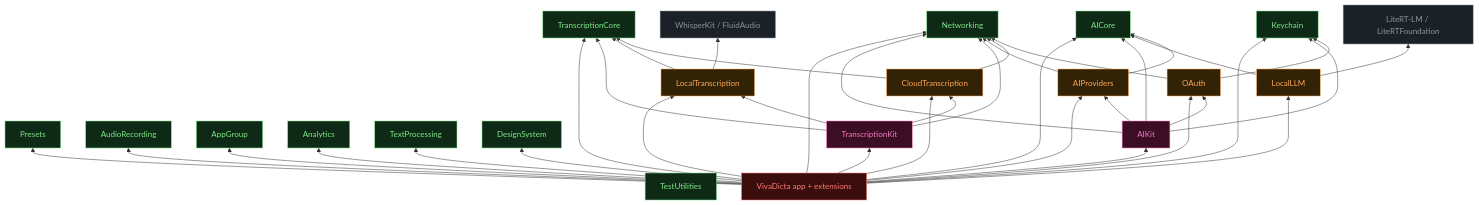
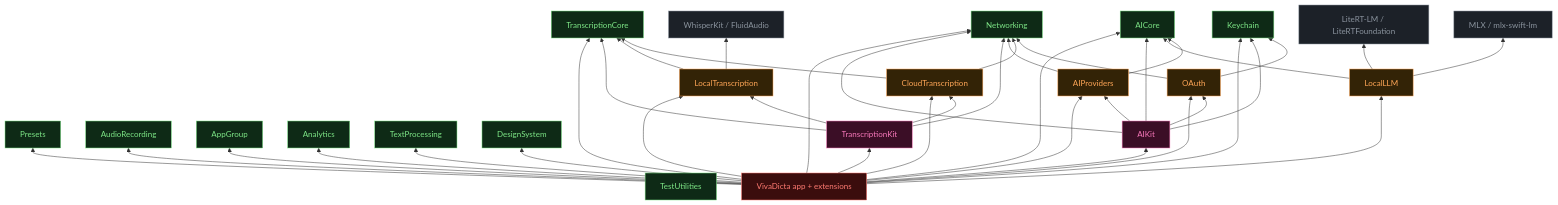
The second of 4 diagrams in documentation/Module-Architecture.md (n0an/VivaDicta), drawn with Mermaid before and after one commit. The commit also changed other lines of this file and 9 other files, not shown here.

First line of the commit message:
Move the MLX on-device LLM runtime into the LocalLLM module

```diff
--- a/documentation/Module-Architecture.md
+++ b/documentation/Module-Architecture.md
@@ -95,6 +95,7 @@
   %% External
   WhisperKit[WhisperKit / FluidAudio]:::external
   LiteRT[LiteRT-LM / LiteRTFoundation]:::external
+  MLX[MLX / mlx-swift-lm]:::external
 
   %% Adapter -> Core
   OAuth --> Keychain
@@ -107,6 +108,7 @@
   AIProviders --> Networking
   LocalLLM --> AICore
   LocalLLM --> LiteRT
+  LocalLLM --> MLX
 
   %% Orchestrator -> Adapter + Core
   TranscriptionKit --> TranscriptionCore
```
